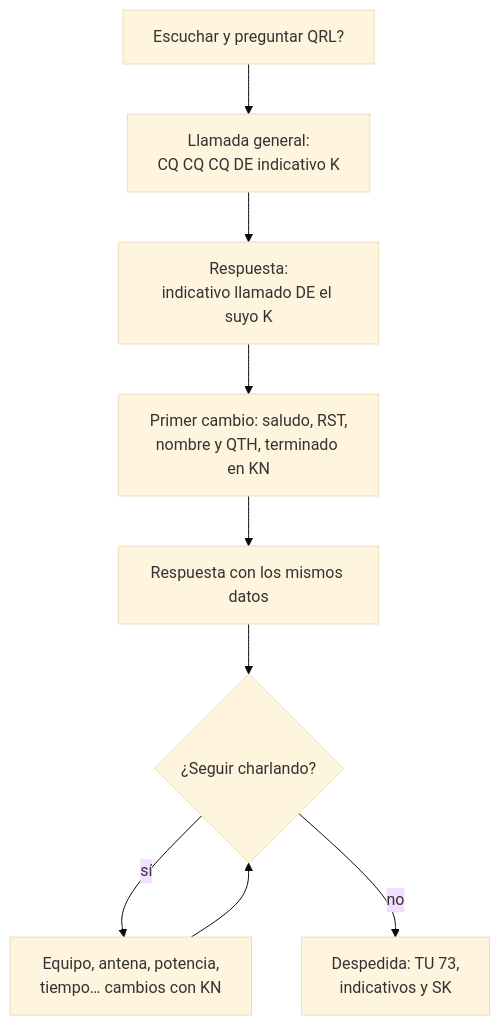
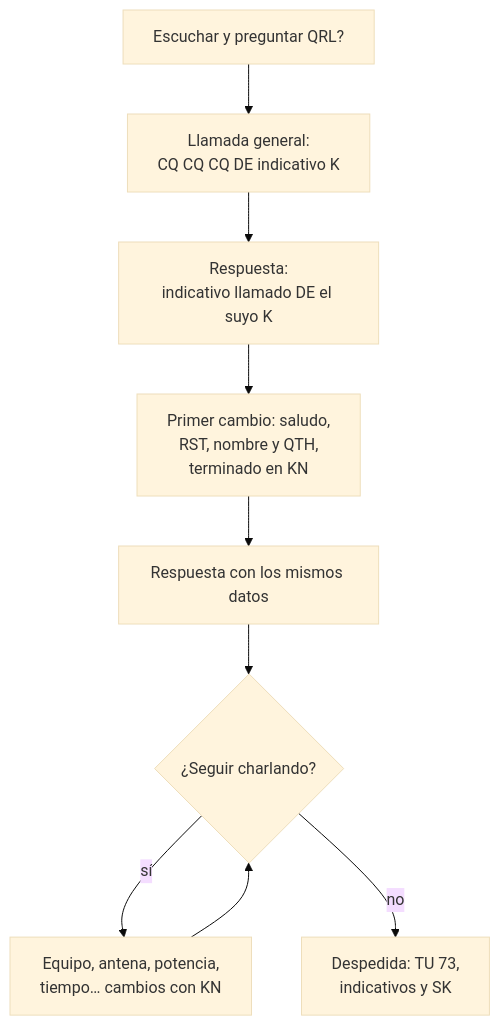
Before and after one commit to mshodai/manual-radioaficionado: the diagram in docs/11-telegrafia.md, drawn with Mermaid (base theme). The commit also changed 33 other files, not shown here.

````diff
--- a/docs/11-telegrafia.md
+++ b/docs/11-telegrafia.md
@@ -323,11 +323,11 @@
 ```mermaid
 flowchart TD
     A["Escuchar y preguntar QRL?"] --> B["Llamada general:<br/>CQ CQ CQ DE indicativo K"]
     B --> C["Respuesta:<br/>indicativo llamado DE el suyo K"]
-    C --> D["Primer cambio: saludo, RST,<br/>nombre y QTH, terminado en KN"]
+    C --> D["Primer cambio: saludo,<br/>RST, nombre y QTH,<br/>terminado en KN"]
     D --> E["Respuesta con los mismos datos"]
     E --> F{"¿Seguir charlando?"}
     F -->|sí| G["Equipo, antena, potencia,<br/>tiempo… cambios con KN"]
     G --> F
     F -->|no| H["Despedida: TU 73,<br/>indicativos y SK"]
 ```
````
